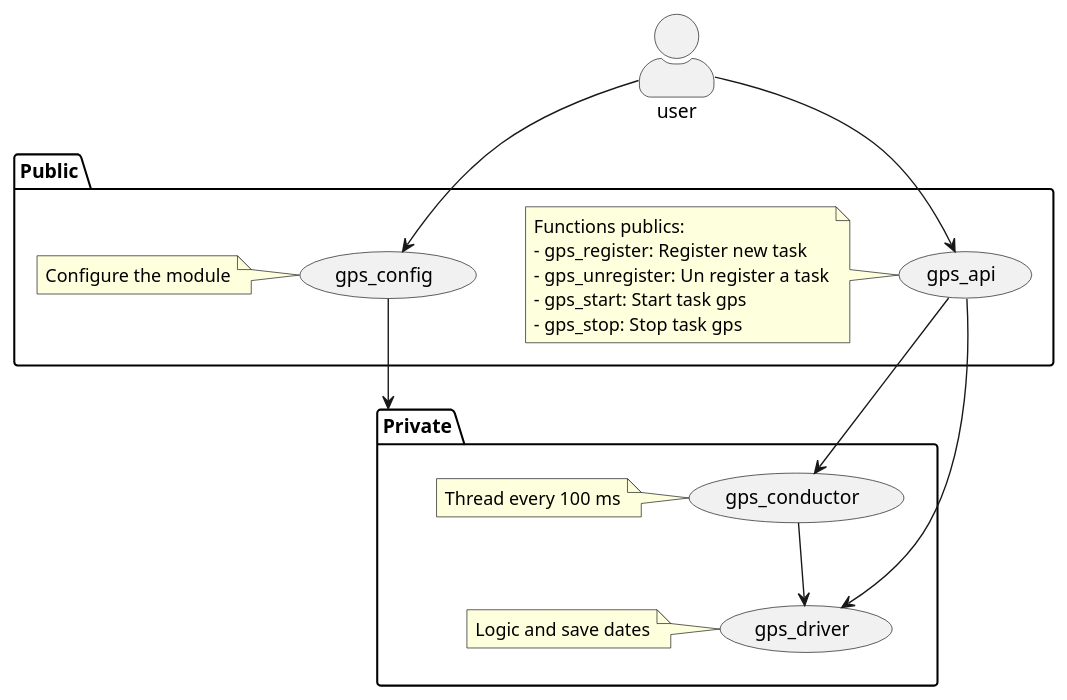
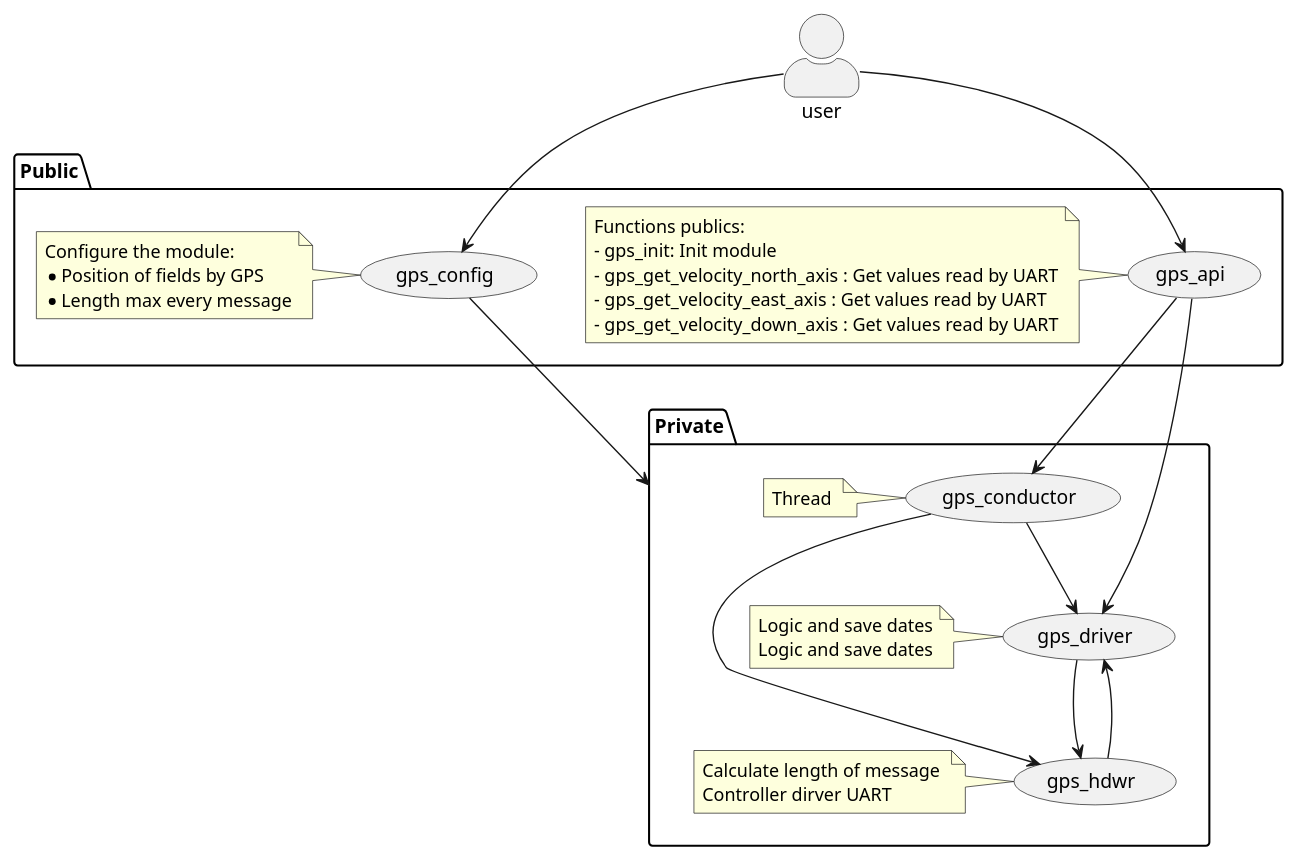
The diagram in Src/gps/gps_doc.puml (xuseto/kart), drawn with PlantUML before and after one commit. The commit also changed 9 other files, not shown here.

Commit message:
add diagrams

```diff
--- a/Src/gps/gps_doc.puml
+++ b/Src/gps/gps_doc.puml
@@ -1,42 +1,53 @@
 @startuml gps
 
 
 skinparam actorStyle awesome
 actor user as programmer
 
 package Public {
     usecase "gps_api"    as module_public1
     usecase "gps_config" as module_public2
 
 note left of (module_public1)
     Functions publics:
-    - gps_register: Register new task
-    - gps_unregister: Un register a task
-    - gps_start: Start task gps
-    - gps_stop: Stop task gps
+    - gps_init: Init module
+    - gps_get_velocity_north_axis : Get values read by UART
+    - gps_get_velocity_east_axis : Get values read by UART
+    - gps_get_velocity_down_axis : Get values read by UART
 end note
 note left of (module_public2)
-    Configure the module
+    Configure the module:
+    * Position of fields by GPS 
+    * Length max every message
 end note
 }
 
 package Private {
     usecase "gps_conductor" as module_private1
     usecase "gps_driver"    as module_private2
+    usecase "gps_hdwr"      as module_private3
 
 note left of (module_private1)
-    Thread every 100 ms
+    Thread 
 end note
 note left of (module_private2)
     Logic and save dates
+    Logic and save dates
+end note
+note left of (module_private3)
+    Calculate length of message 
+    Controller dirver UART 
 end note
 }
 
 programmer      --> module_public1
 programmer      --> module_public2
 module_public2  --> Private
 module_public1  --> module_private1
 module_public1  --> module_private2
 module_private1 --> module_private2
+module_private1 --> module_private3
+module_private2 --> module_private3
+module_private3 --> module_private2
 
 @enduml
```
